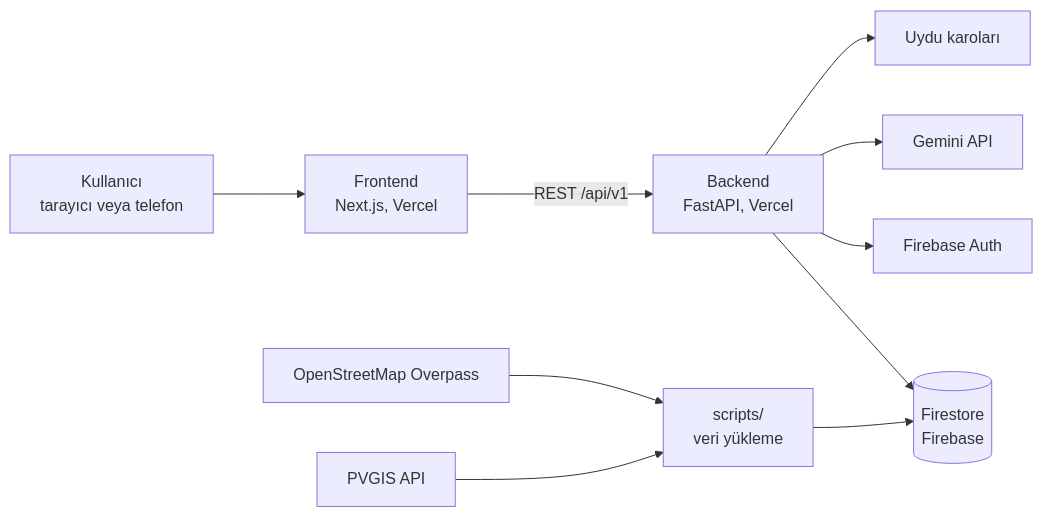
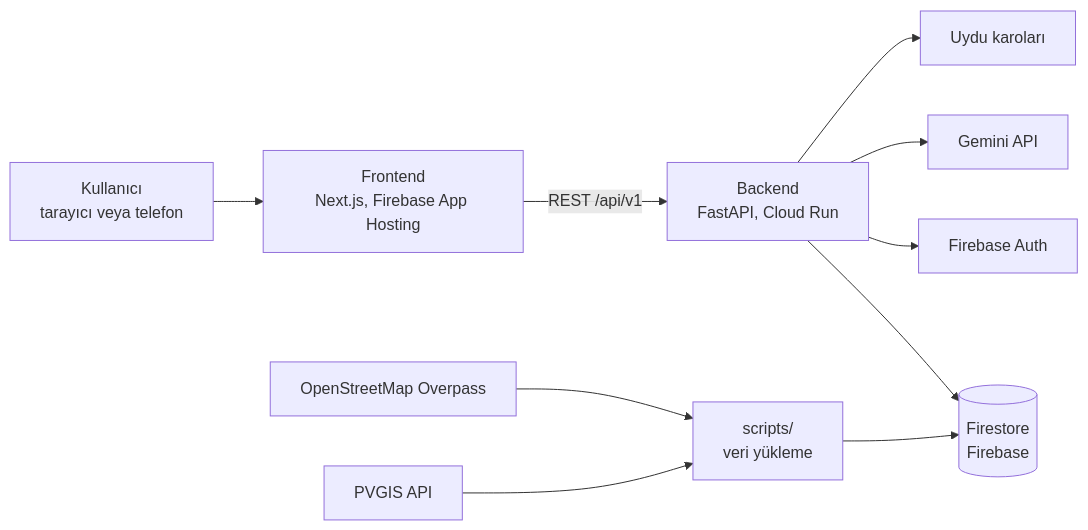
Before and after one commit to mahmutconger/suntech-cati-radari: the diagram in PROJE.md, drawn with Mermaid. The commit also changed other lines of this file and 3 other files, not shown here.

First line of the commit message:
feat: PVGIS ızgarası ve bina verimi, dağıtım App Hosting + Cloud Run

````diff
--- a/PROJE.md
+++ b/PROJE.md
@@ -99,12 +99,12 @@
 ```mermaid
 flowchart LR
-  K["Kullanıcı<br/>tarayıcı veya telefon"] --> W["Frontend<br/>Next.js, Vercel"]
-  W -- "REST /api/v1" --> A["Backend<br/>FastAPI, Vercel"]
+  K["Kullanıcı<br/>tarayıcı veya telefon"] --> W["Frontend<br/>Next.js, Firebase App Hosting"]
+  W -- "REST /api/v1" --> A["Backend<br/>FastAPI, Cloud Run"]
   A --> DB[("Firestore<br/>Firebase")]
   A --> FA["Firebase Auth"]
   A --> GM["Gemini API"]
   A --> UY["Uydu karoları"]
   OSM["OpenStreetMap Overpass"] --> VY["scripts/<br/>veri yükleme"]
   PV["PVGIS API"] --> VY
   VY --> DB
 ```
````
